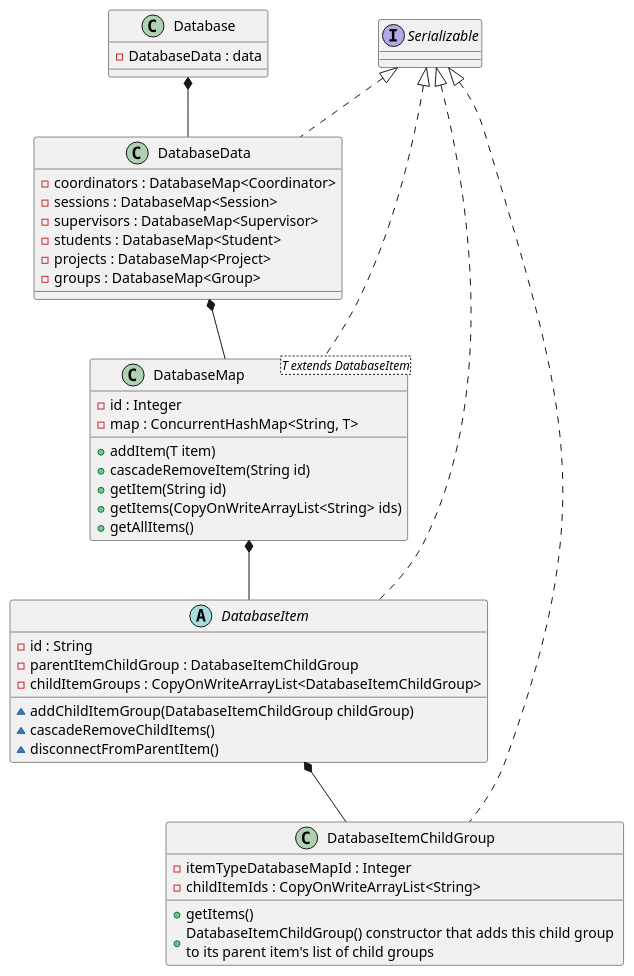
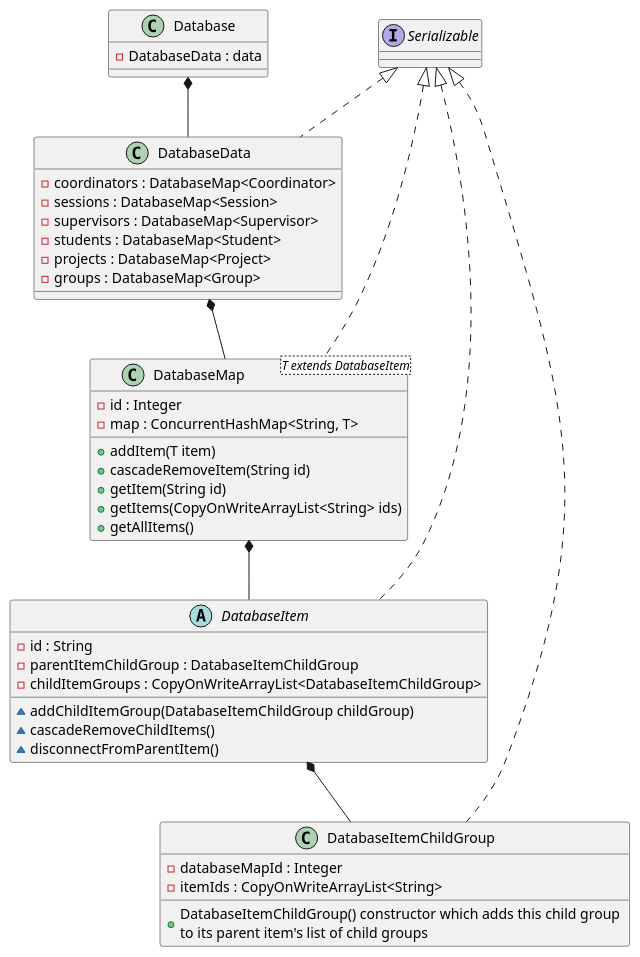
Before and after one commit to Williamjacobsen/AAU-Grouping-System: the diagram in uml/database/database.puml, drawn with PlantUML. The commit also changed 16 other files, not shown here.

Commit message:
Mini-refactor of database to not get into trouble with type safety warnings + updated database.puml

```diff
--- a/uml/database/database.puml
+++ b/uml/database/database.puml
@@ -1,55 +1,54 @@
 @startuml example
 
 ' Requirements: 
 ' - The "PlantUML" VS Code extension.
 ' - Download the latest version of Graphviz (https://graphviz.org/download/)
 
 ' Tutorial: https://www.youtube.com/watch?v=EM-cvRubP4g&t=654s
 ' To render the UML, right click inside this document and press "Preview Current Diagram (ALT+D)"
 
 class Database {
 	- DatabaseData : data
 }
 
 class DatabaseData implements Serializable {
 	- coordinators : DatabaseMap<Coordinator>
 	- sessions : DatabaseMap<Session>
 	- supervisors : DatabaseMap<Supervisor>
 	- students : DatabaseMap<Student>
 	- projects : DatabaseMap<Project>
 	- groups : DatabaseMap<Group>
 }
 
 class DatabaseMap<T extends DatabaseItem> implements Serializable {
 	- id : Integer
 	- map : ConcurrentHashMap<String, T>
 	+ addItem(T item)
 	+ cascadeRemoveItem(String id)
 	+ getItem(String id)
 	+ getItems(CopyOnWriteArrayList<String> ids)
 	+ getAllItems()
 }
 
 abstract class DatabaseItem implements Serializable {
 	- id : String
 	- parentItemChildGroup : DatabaseItemChildGroup
 	- childItemGroups : CopyOnWriteArrayList<DatabaseItemChildGroup>
 	~ addChildItemGroup(DatabaseItemChildGroup childGroup)
 	~ cascadeRemoveChildItems()
 	~ disconnectFromParentItem()
 }
 
 class DatabaseItemChildGroup implements Serializable {
-	- itemTypeDatabaseMapId : Integer
-	- childItemIds : CopyOnWriteArrayList<String>
-	+ getItems()
-	+ DatabaseItemChildGroup() constructor that adds this child group \nto its parent item's list of child groups
+	- databaseMapId : Integer
+	- itemIds : CopyOnWriteArrayList<String>
+	+ DatabaseItemChildGroup() constructor which adds this child group \nto its parent item's list of child groups
 }
 
 Database *-- DatabaseData
 DatabaseData *-- DatabaseMap
 DatabaseMap *-- DatabaseItem
 DatabaseItem *-- DatabaseItemChildGroup
 
 
 @enduml
```
